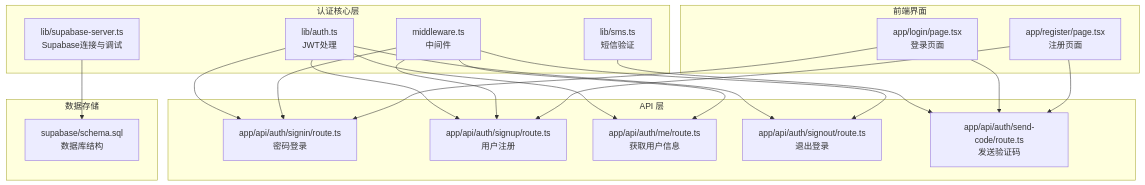
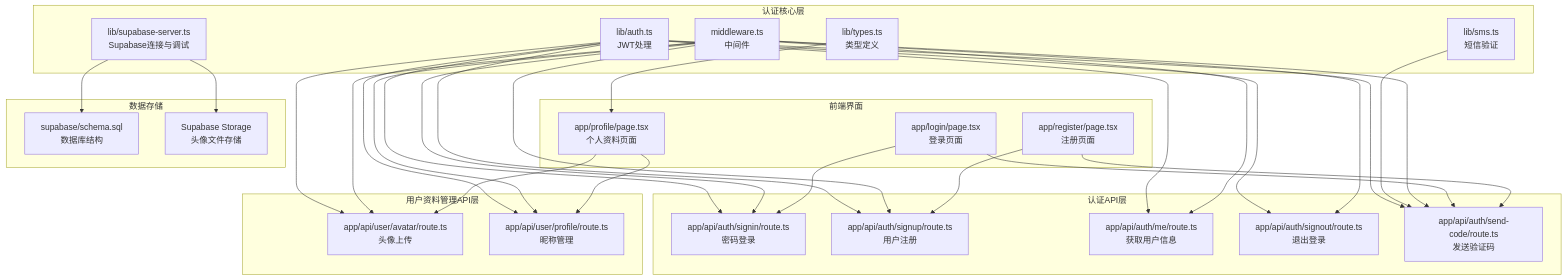
One commit to billye220670/BananaFlow2 changed the first of 9 diagrams in .qoder/repowiki/zh/content/核心功能模块/用户认证系统.md. Above: the diagram before and after it, drawn with Mermaid. The commit also changed other lines of this file and 19 other files, not shown here.

````diff
--- a/.qoder/repowiki/zh/content/核心功能模块/用户认证系统.md
+++ b/.qoder/repowiki/zh/content/核心功能模块/用户认证系统.md
@@ -48,37 +55,54 @@
 ```mermaid
 graph TB
 subgraph "认证核心层"
 A[lib/auth.ts<br/>JWT处理]
 B[lib/sms.ts<br/>短信验证]
 C[middleware.ts<br/>中间件]
 D[lib/supabase-server.ts<br/>Supabase连接与调试]
+E[lib/types.ts<br/>类型定义]
 end
-subgraph "API 层"
-E[app/api/auth/signin/route.ts<br/>密码登录]
-F[app/api/auth/signup/route.ts<br/>用户注册]
-G[app/api/auth/me/route.ts<br/>获取用户信息]
-H[app/api/auth/signout/route.ts<br/>退出登录]
-I[app/api/auth/send-code/route.ts<br/>发送验证码]
+subgraph "认证API层"
+F[app/api/auth/signin/route.ts<br/>密码登录]
+G[app/api/auth/signup/route.ts<br/>用户注册]
+H[app/api/auth/me/route.ts<br/>获取用户信息]
+I[app/api/auth/signout/route.ts<br/>退出登录]
+J[app/api/auth/send-code/route.ts<br/>发送验证码]
+end
+subgraph "用户资料管理API层"
+K[app/api/user/avatar/route.ts<br/>头像上传]
+L[app/api/user/profile/route.ts<br/>昵称管理]
 end
 subgraph "前端界面"
-J[app/login/page.tsx<br/>登录页面]
-K[app/register/page.tsx<br/>注册页面]
+M[app/login/page.tsx<br/>登录页面]
+N[app/register/page.tsx<br/>注册页面]
+O[app/profile/page.tsx<br/>个人资料页面]
 end
 subgraph "数据存储"
-L[supabase/schema.sql<br/>数据库结构]
+P[supabase/schema.sql<br/>数据库结构]
+Q[Supabase Storage<br/>头像文件存储]
 end
-A --> E
 A --> F
 A --> G
 A --> H
-B --> I
-C --> E
+A --> I
+A --> J
+A --> K
+A --> L
+B --> J
 C --> F
 C --> G
 C --> H
-D --> L
-J --> E
-J --> I
-K --> F
-K --> I
+C --> I
+C --> J
+C --> K
+C --> L
+D --> P
+D --> Q
+E --> O
+M --> F
+M --> J
+N --> G
+N --> J
+O --> K
+O --> L
 ```
````
